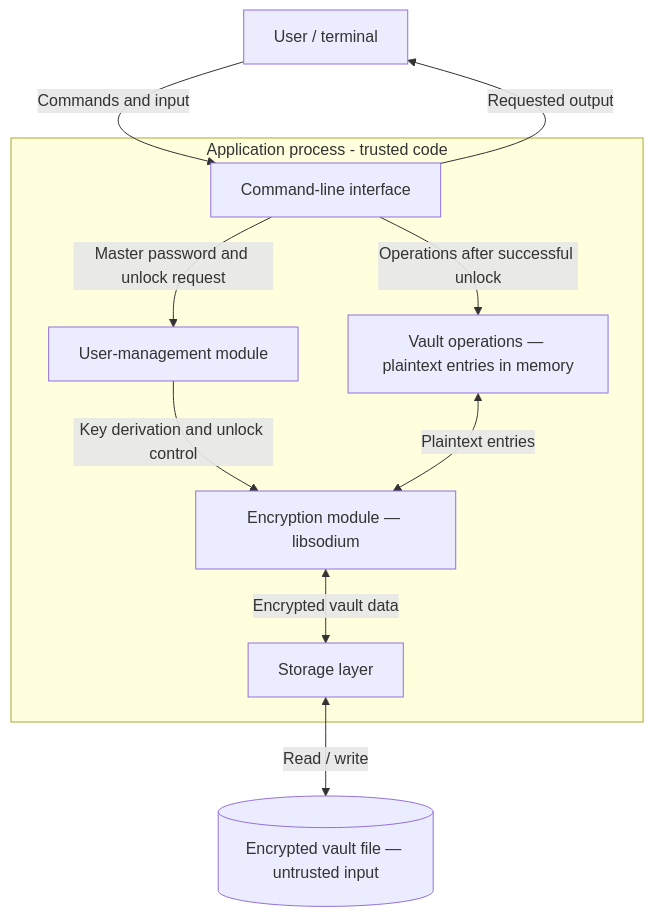
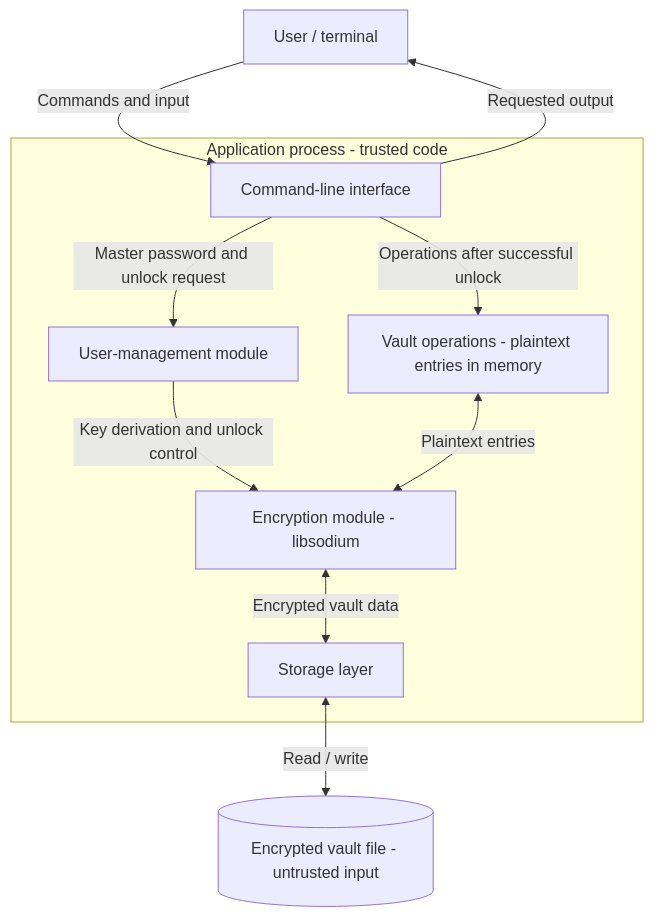
The diagram in design.md (eZlanek/ICS0022-MB), drawn with Mermaid before and after one commit. The commit also changed other lines of this file, not shown here.

````diff
--- a/design.md
+++ b/design.md
@@ -11,23 +11,23 @@
 ```mermaid
 flowchart TD
     User["User / terminal"]
 
     subgraph App["Application process - trusted code"]
         CLI["Command-line interface"]
         Access["User-management module"]
-        Vault["Vault operations — plaintext entries in memory"]
-        Crypto["Encryption module — libsodium"]
+        Vault["Vault operations - plaintext entries in memory"]
+        Crypto["Encryption module - libsodium"]
         Storage["Storage layer"]
     end
 
-    File[("Encrypted vault file — untrusted input")]
+    File[("Encrypted vault file - untrusted input")]
 
     User -->|"Commands and input"| CLI
     CLI -->|"Master password and unlock request"| Access
     Access -->|"Key derivation and unlock control"| Crypto
     CLI -->|"Operations after successful unlock"| Vault
     Vault <-->|"Plaintext entries"| Crypto
     Crypto <-->|"Encrypted vault data"| Storage
     Storage <-->|"Read / write"| File
     CLI -->|"Requested output"| User
 ```
````
